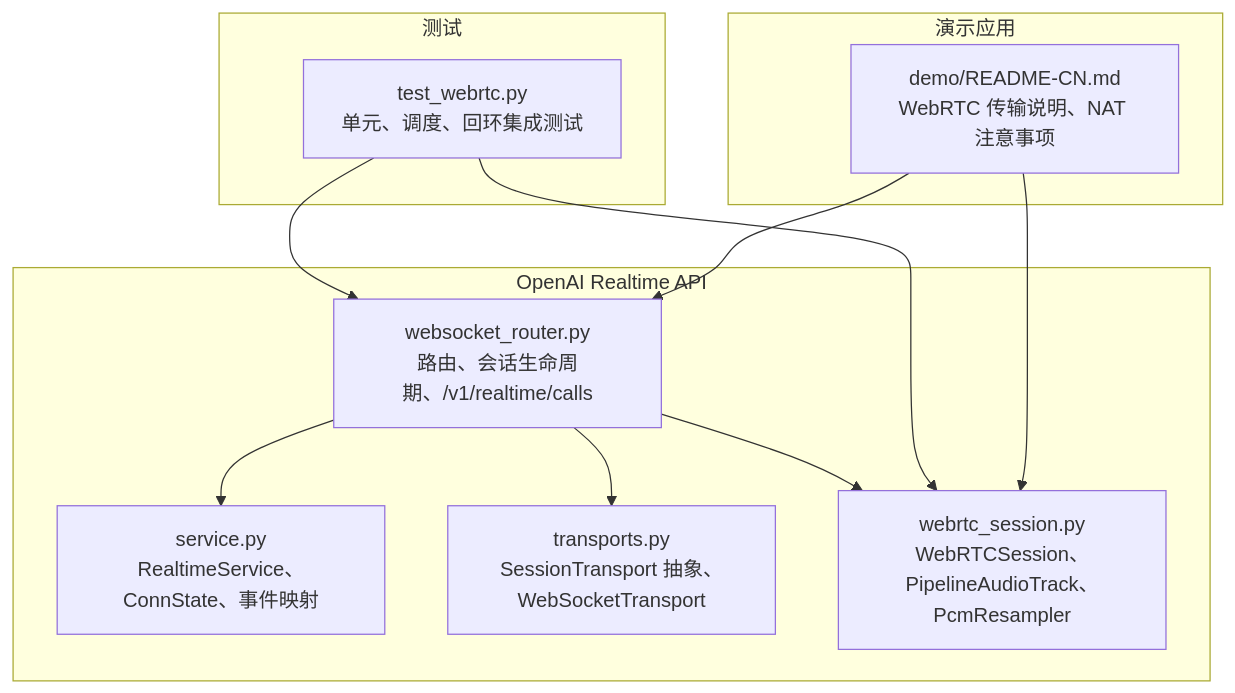
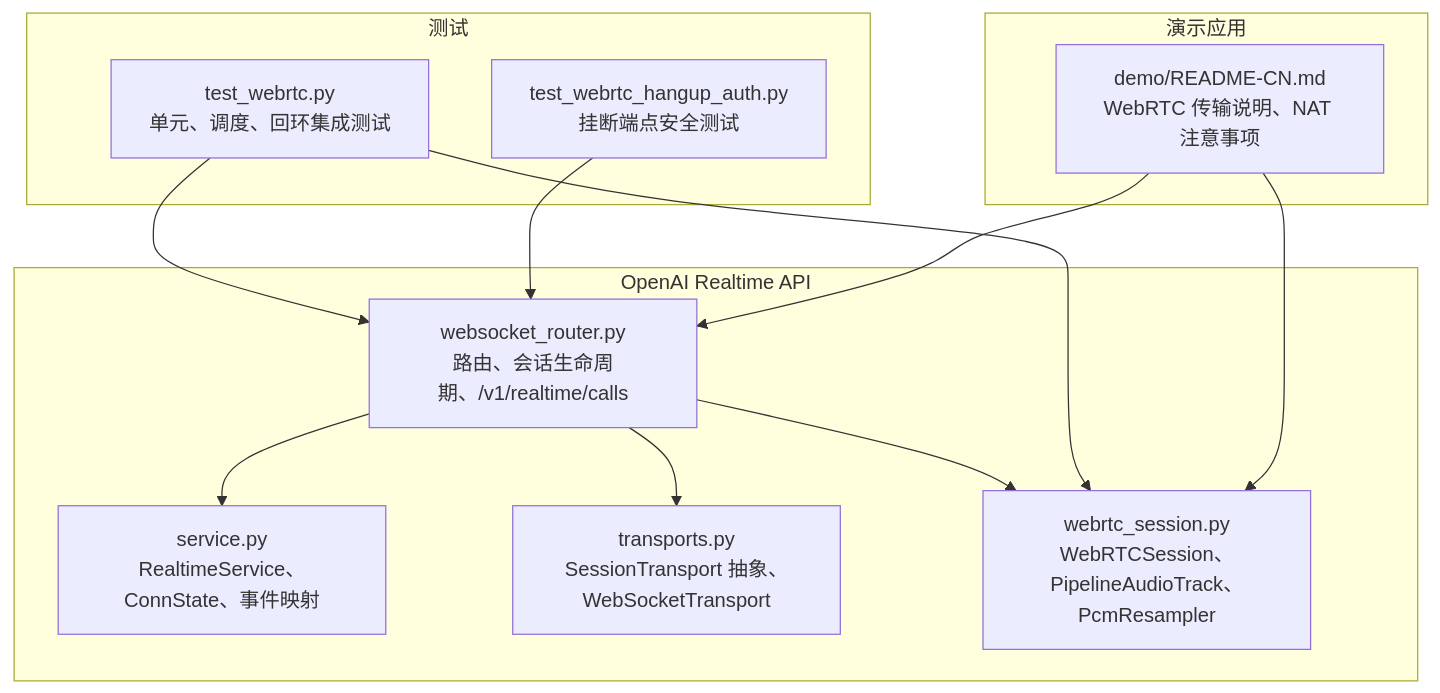
Before and after one commit to joezxh/speech-to-speech: the first of 9 diagrams in .qoder/repowiki/zh/content/OpenAI Realtime API/WebRTC 支持.md, drawn with Mermaid. The commit also changed other lines of this file and 1743 other files, not shown here.

````diff
--- a/.qoder/repowiki/zh/content/OpenAI Realtime API/WebRTC 支持.md
+++ b/.qoder/repowiki/zh/content/OpenAI Realtime API/WebRTC 支持.md
@@ -41,22 +50,24 @@
 ```mermaid
 graph TB
 subgraph "OpenAI Realtime API"
 WSRouter["websocket_router.py<br/>路由、会话生命周期、/v1/realtime/calls"]
 Service["service.py<br/>RealtimeService、ConnState、事件映射"]
 Transports["transports.py<br/>SessionTransport 抽象、WebSocketTransport"]
 WebRTC["webrtc_session.py<br/>WebRTCSession、PipelineAudioTrack、PcmResampler"]
 end
 subgraph "测试"
 TestWebrtc["test_webrtc.py<br/>单元、调度、回环集成测试"]
+TestHangupAuth["test_webrtc_hangup_auth.py<br/>挂断端点安全测试"]
 end
 subgraph "演示应用"
 DemoReadme["demo/README-CN.md<br/>WebRTC 传输说明、NAT 注意事项"]
 end
 WSRouter --> Service
 WSRouter --> Transports
 WSRouter --> WebRTC
 TestWebrtc --> WebRTC
 TestWebrtc --> WSRouter
+TestHangupAuth --> WSRouter
 DemoReadme --> WSRouter
 DemoReadme --> WebRTC
 ```
````
